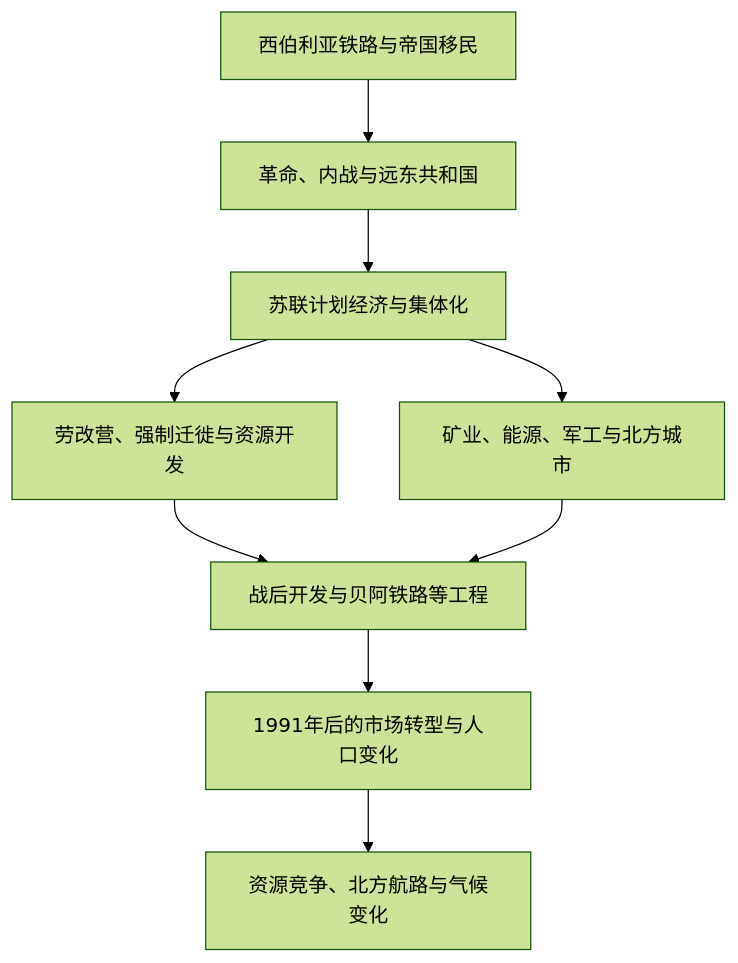
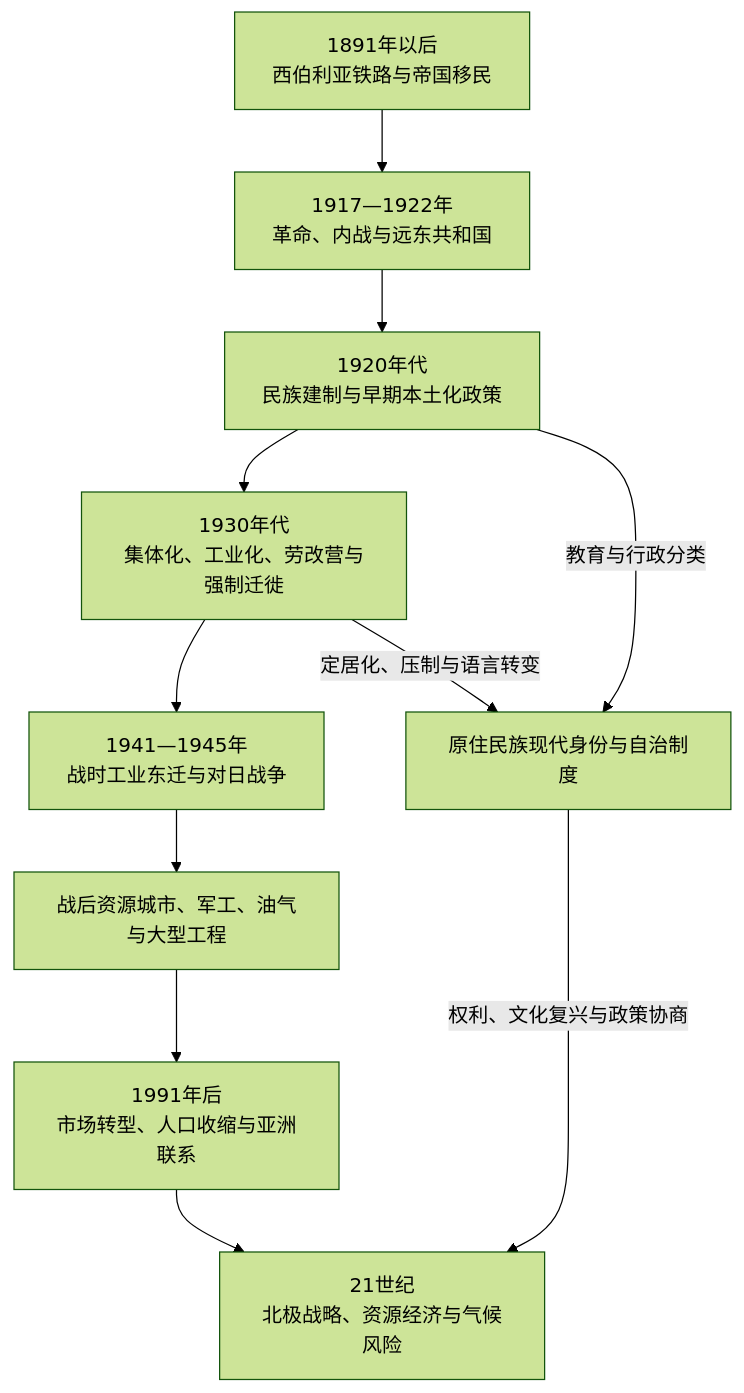
Before and after one commit to tianlan-dev/learning-notes: the diagram in 人文科学/历史/北亚/_通史/苏联开发、人口迁徙与当代北亚.md, drawn with Mermaid (forest theme). The commit also changed other lines of this file and 1417 other files, not shown here.

````diff
--- a/人文科学/历史/北亚/_通史/苏联开发、人口迁徙与当代北亚.md
+++ b/人文科学/历史/北亚/_通史/苏联开发、人口迁徙与当代北亚.md
@@ -18,11 +19,13 @@
 ```mermaid
 flowchart TD
-    Railway["西伯利亚铁路与帝国移民"] --> Revolution["革命、内战与远东共和国"]
-    Revolution --> Planning["苏联计划经济与集体化"]
-    Planning --> Gulag["劳改营、强制迁徙与资源开发"]
-    Planning --> Cities["矿业、能源、军工与北方城市"]
-    Gulag --> Postwar["战后开发与贝阿铁路等工程"]
-    Cities --> Postwar
-    Postwar --> PostSoviet["1991年后的市场转型与人口变化"]
-    PostSoviet --> ArcticChange["资源竞争、北方航路与气候变化"]
+    A["1891年以后<br/>西伯利亚铁路与帝国移民"] --> B["1917—1922年<br/>革命、内战与远东共和国"]
+    B --> C["1920年代<br/>民族建制与早期本土化政策"]
+    C --> D["1930年代<br/>集体化、工业化、劳改营与强制迁徙"]
+    D --> E["1941—1945年<br/>战时工业东迁与对日战争"]
+    E --> F["战后资源城市、军工、油气与大型工程"]
+    F --> G["1991年后<br/>市场转型、人口收缩与亚洲联系"]
+    G --> H["21世纪<br/>北极战略、资源经济与气候风险"]
+    C -->|教育与行政分类| I["原住民族现代身份与自治制度"]
+    D -->|定居化、压制与语言转变| I
+    I -->|权利、文化复兴与政策协商| H
 ```
````
